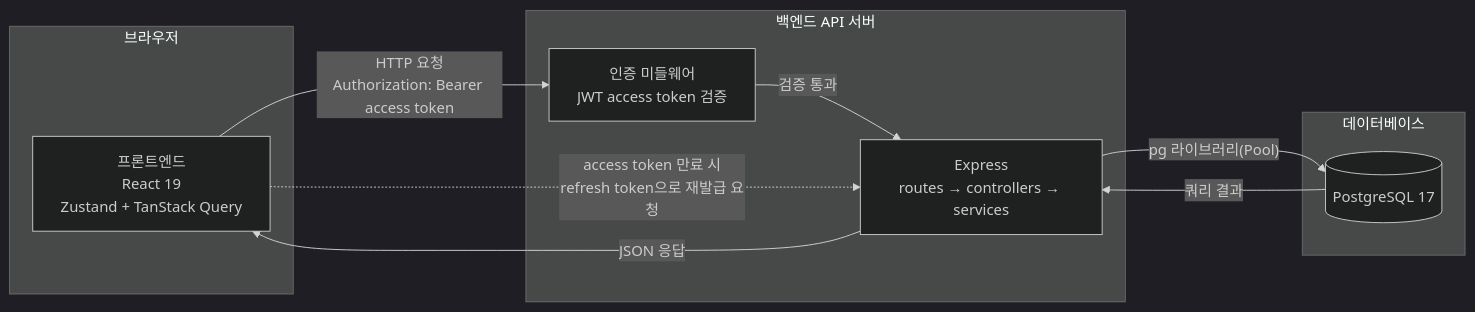
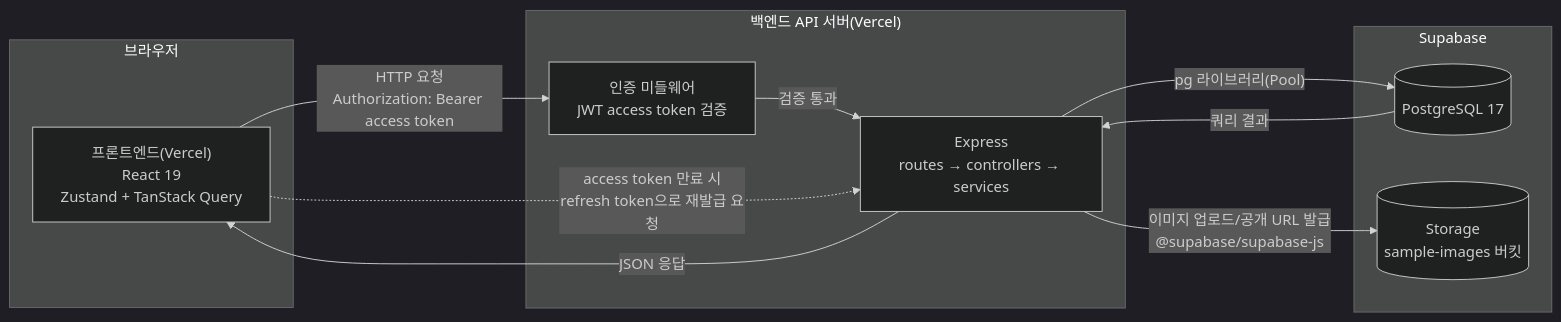
One commit to tyut0823/b2b-promo changed the first of 3 diagrams in docs/6-arch-diagram.md. Above: the diagram before and after it, drawn with Mermaid (dark theme). The commit also changed other lines of this file and 8 other files, not shown here.

````diff
--- a/docs/6-arch-diagram.md
+++ b/docs/6-arch-diagram.md
@@ -16,23 +19,25 @@
 ```mermaid
 flowchart LR
     subgraph Client["브라우저"]
-        FE["프론트엔드<br/>React 19<br/>Zustand + TanStack Query"]
+        FE["프론트엔드(Vercel)<br/>React 19<br/>Zustand + TanStack Query"]
     end
 
-    subgraph Server["백엔드 API 서버"]
+    subgraph Server["백엔드 API 서버(Vercel)"]
         API["Express<br/>routes → controllers → services"]
         AUTH["인증 미들웨어<br/>JWT access token 검증"]
     end
 
-    subgraph DB["데이터베이스"]
+    subgraph Supabase["Supabase"]
         PG[("PostgreSQL 17")]
+        STORAGE[("Storage<br/>sample-images 버킷")]
     end
 
     FE -- "HTTP 요청<br/>Authorization: Bearer access token" --> AUTH
     AUTH -- "검증 통과" --> API
     API -- "pg 라이브러리(Pool)" --> PG
     PG -- "쿼리 결과" --> API
+    API -- "이미지 업로드/공개 URL 발급<br/>@supabase/supabase-js" --> STORAGE
     API -- "JSON 응답" --> FE
 
     FE -. "access token 만료 시<br/>refresh token으로 재발급 요청" .-> API
 ```
````
